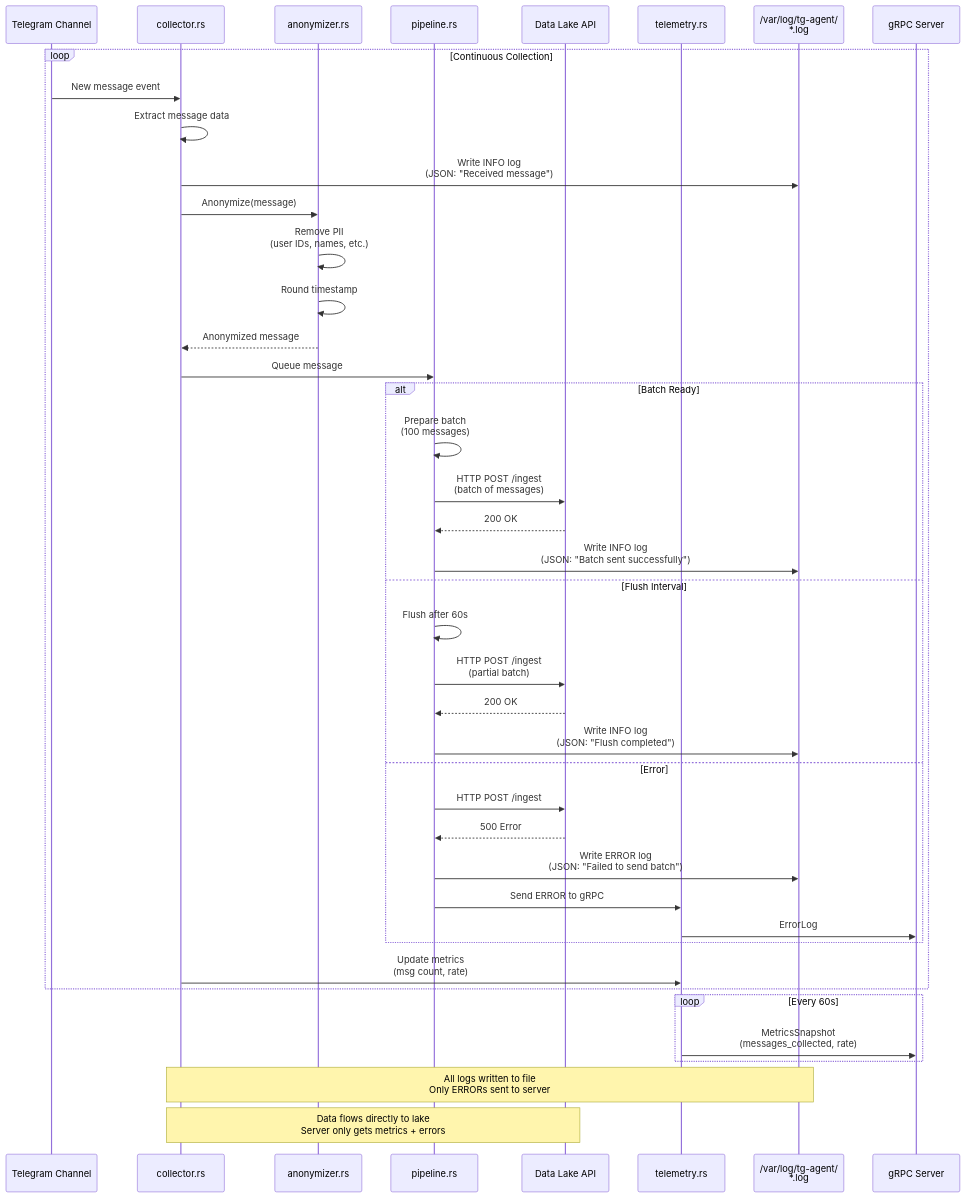
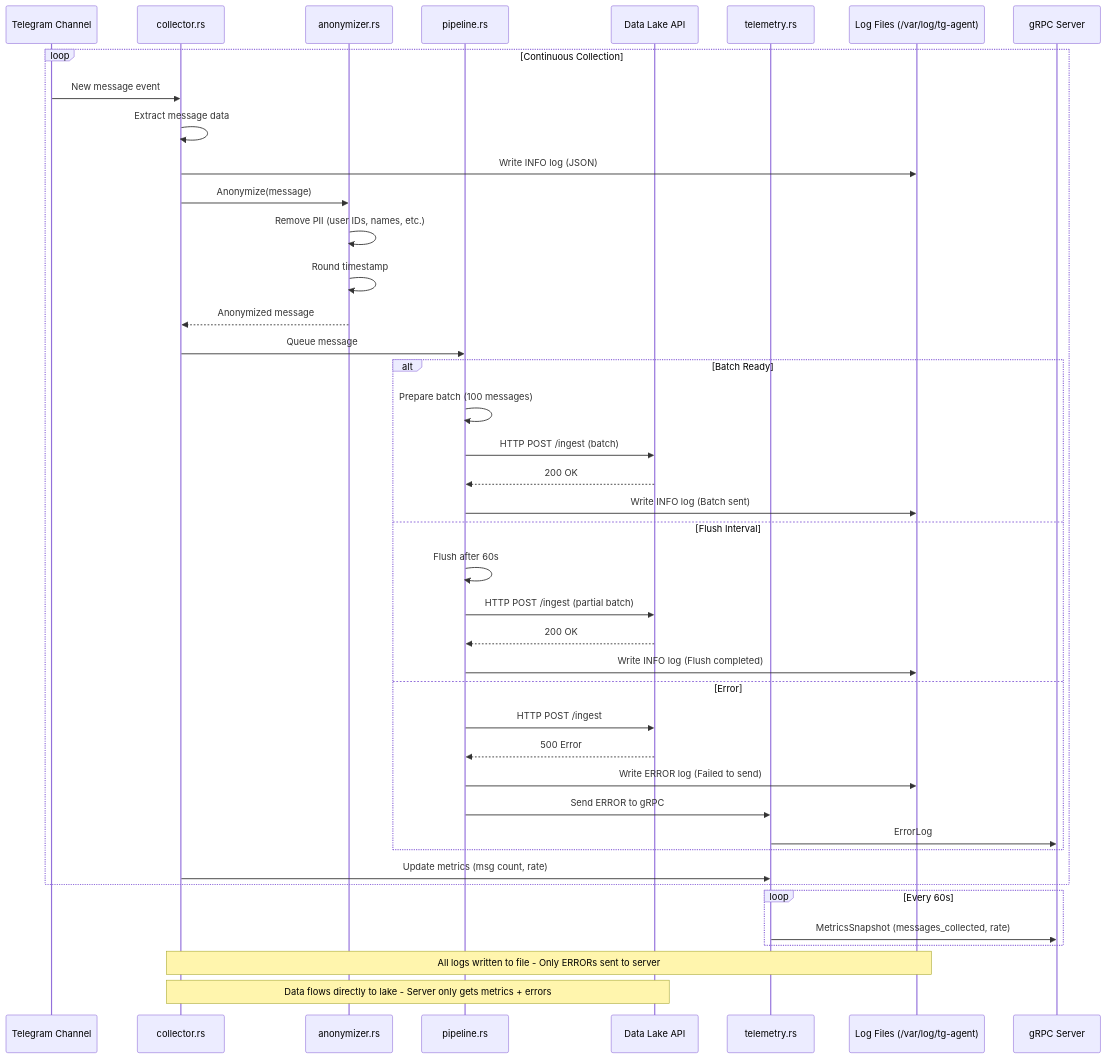
Before and after one commit to muminoff/tg-agent-experiment: the eighth of 8 diagrams in GRPC_DESIGN.md, drawn with Mermaid. The commit also changed other lines of this file, not shown here.

First line of the commit message:
Fix all Mermaid diagram syntax for GitHub compatibility

````diff
--- a/GRPC_DESIGN.md
+++ b/GRPC_DESIGN.md
@@ -1140,51 +1140,51 @@
 ```mermaid
 sequenceDiagram
     participant TG as Telegram Channel
     participant Collector as collector.rs
     participant Anonymizer as anonymizer.rs
     participant Pipeline as pipeline.rs
     participant DataLake as Data Lake API
     participant Telemetry as telemetry.rs
-    participant LogFile as /var/log/tg-agent/<br/>*.log
+    participant LogFile as Log Files (/var/log/tg-agent)
     participant Server as gRPC Server
 
     loop Continuous Collection
         TG->>Collector: New message event
         Collector->>Collector: Extract message data
-        Collector->>LogFile: Write INFO log<br/>(JSON: "Received message")
+        Collector->>LogFile: Write INFO log (JSON)
 
         Collector->>Anonymizer: Anonymize(message)
-        Anonymizer->>Anonymizer: Remove PII<br/>(user IDs, names, etc.)
+        Anonymizer->>Anonymizer: Remove PII (user IDs, names, etc.)
         Anonymizer->>Anonymizer: Round timestamp
         Anonymizer-->>Collector: Anonymized message
 
         Collector->>Pipeline: Queue message
 
         alt Batch Ready
-            Pipeline->>Pipeline: Prepare batch<br/>(100 messages)
-            Pipeline->>DataLake: HTTP POST /ingest<br/>(batch of messages)
+            Pipeline->>Pipeline: Prepare batch (100 messages)
+            Pipeline->>DataLake: HTTP POST /ingest (batch)
             DataLake-->>Pipeline: 200 OK
-            Pipeline->>LogFile: Write INFO log<br/>(JSON: "Batch sent successfully")
+            Pipeline->>LogFile: Write INFO log (Batch sent)
         else Flush Interval
             Pipeline->>Pipeline: Flush after 60s
-            Pipeline->>DataLake: HTTP POST /ingest<br/>(partial batch)
+            Pipeline->>DataLake: HTTP POST /ingest (partial batch)
             DataLake-->>Pipeline: 200 OK
-            Pipeline->>LogFile: Write INFO log<br/>(JSON: "Flush completed")
+            Pipeline->>LogFile: Write INFO log (Flush completed)
         else Error
             Pipeline->>DataLake: HTTP POST /ingest
             DataLake-->>Pipeline: 500 Error
-            Pipeline->>LogFile: Write ERROR log<br/>(JSON: "Failed to send batch")
+            Pipeline->>LogFile: Write ERROR log (Failed to send)
             Pipeline->>Telemetry: Send ERROR to gRPC
             Telemetry->>Server: ErrorLog
         end
 
-        Collector->>Telemetry: Update metrics<br/>(msg count, rate)
+        Collector->>Telemetry: Update metrics (msg count, rate)
     end
 
     loop Every 60s
-        Telemetry->>Server: MetricsSnapshot<br/>(messages_collected, rate)
+        Telemetry->>Server: MetricsSnapshot (messages_collected, rate)
     end
 
-    Note over Collector,LogFile: All logs written to file<br/>Only ERRORs sent to server
-    Note over Collector,DataLake: Data flows directly to lake<br/>Server only gets metrics + errors
+    Note over Collector,LogFile: All logs written to file - Only ERRORs sent to server
+    Note over Collector,DataLake: Data flows directly to lake - Server only gets metrics + errors
 ```
````
